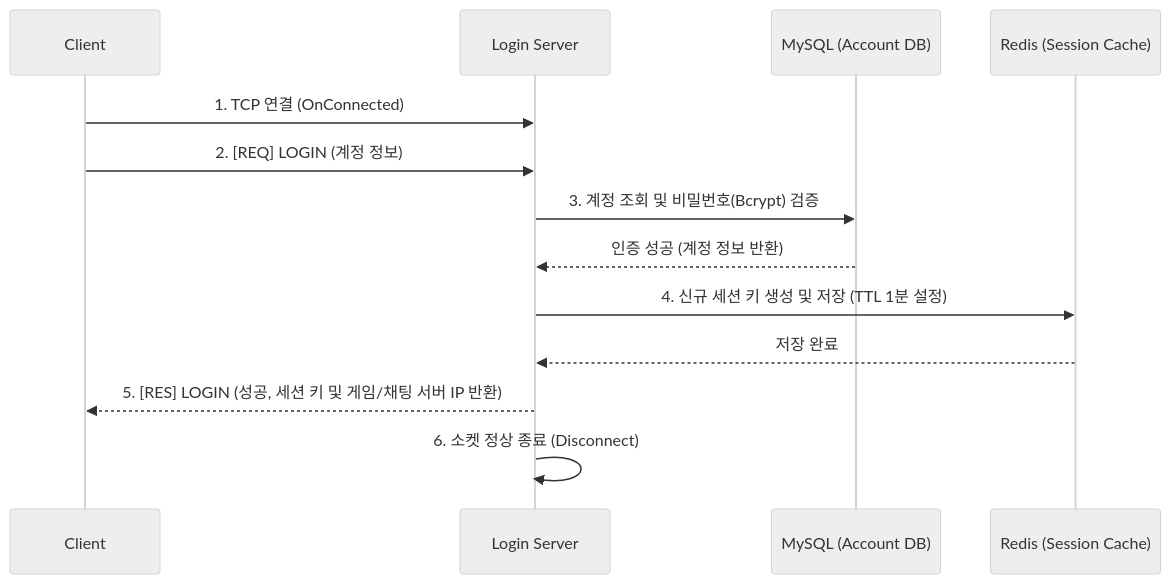
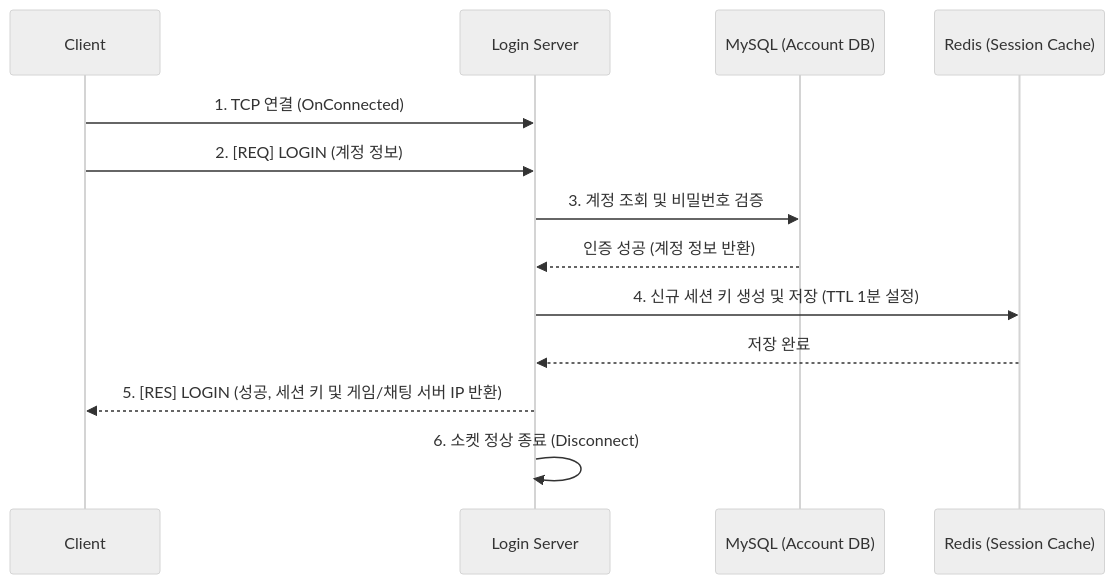
The first of 2 diagrams in 2. Servers/LoginServer/Architecture.md (devMains/MMORPG-Portfolio), drawn with Mermaid (neutral theme) before and after one commit. The commit also changed other lines of this file, not shown here.

````diff
--- a/2. Servers/LoginServer/Architecture.md
+++ b/2. Servers/LoginServer/Architecture.md
@@ -35,16 +34,16 @@
 ```mermaid
 sequenceDiagram
     participant C as Client
     participant S as Login Server
     participant DB as MySQL (Account DB)
     participant R as Redis (Session Cache)
     
     C->>S: 1. TCP 연결 (OnConnected)
     C->>S: 2. [REQ] LOGIN (계정 정보)
-    S->>DB: 3. 계정 조회 및 비밀번호(Bcrypt) 검증
+    S->>DB: 3. 계정 조회 및 비밀번호 검증
     DB-->>S: 인증 성공 (계정 정보 반환)
     S->>R: 4. 신규 세션 키 생성 및 저장 (TTL 1분 설정)
     R-->>S: 저장 완료
     S-->>C: 5. [RES] LOGIN (성공, 세션 키 및 게임/채팅 서버 IP 반환)
     S->>S: 6. 소켓 정상 종료 (Disconnect)
 ```
````
